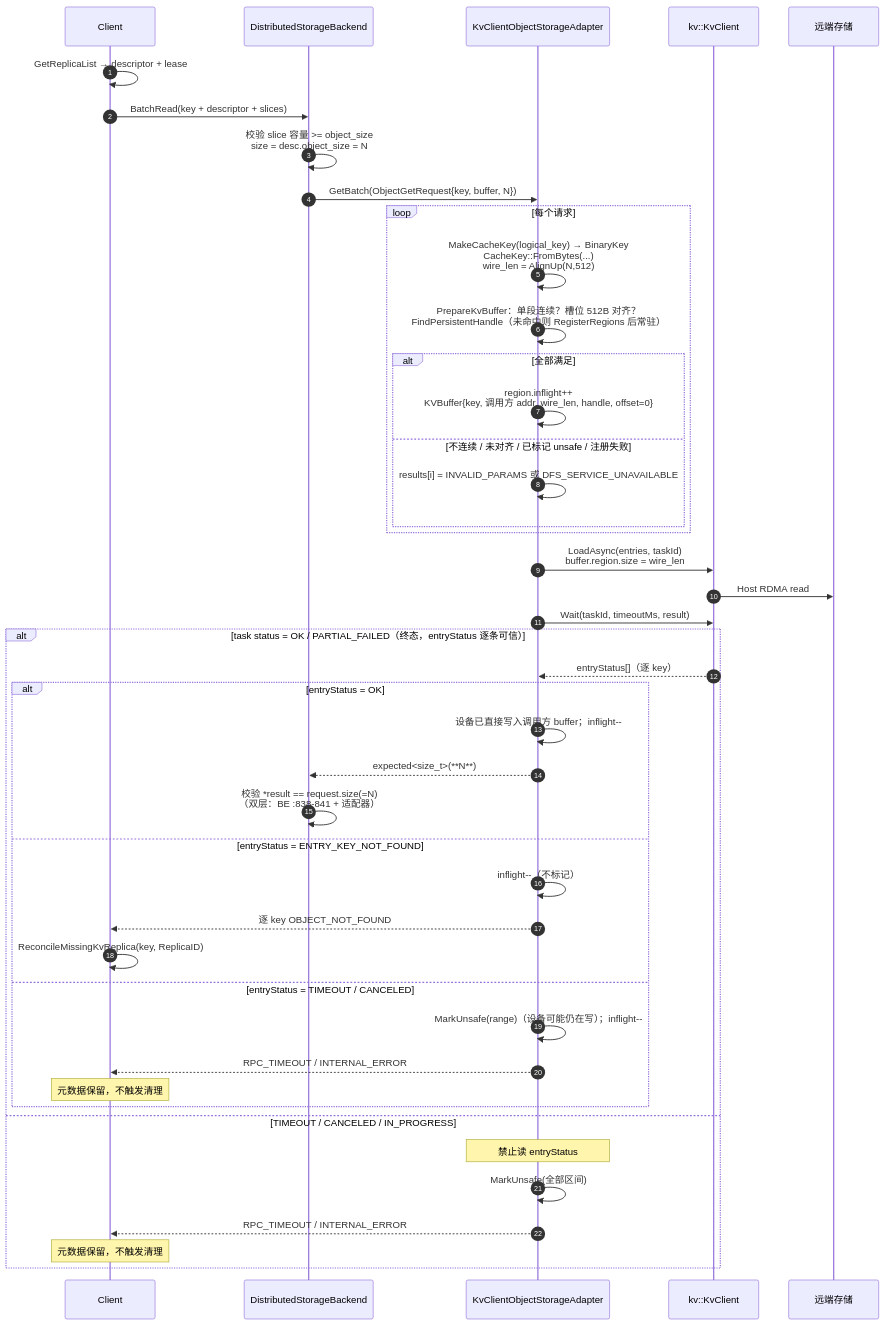
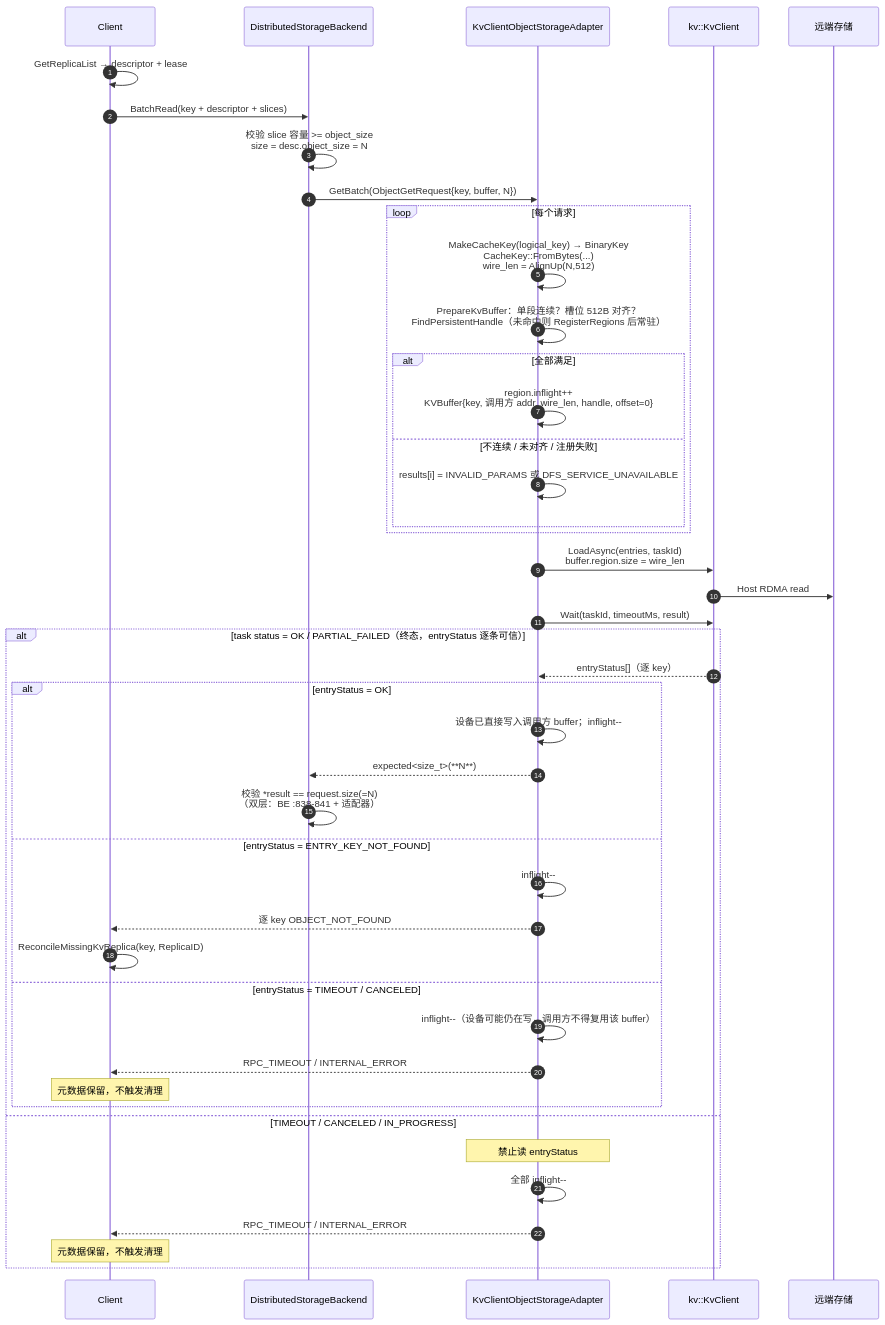
One commit to zwj20000328-dotcom/Mooncake-documents changed the tenth of 13 diagrams in Mooncake + KVClient L3 接入（Kvcs）- v3.md. Above: the diagram before and after it, drawn with Mermaid. The commit also changed other lines of this file, not shown here.

First line of the commit message:
docs: drop the unsafe marking and the adapter Shutdown helper

````diff
--- a/Mooncake + KVClient L3 接入（Kvcs）- v3.md
+++ b/Mooncake + KVClient L3 接入（Kvcs）- v3.md
@@ -637,47 +634,47 @@
 ```mermaid
 sequenceDiagram
     autonumber
     participant C as Client
     participant BE as DistributedStorageBackend
     participant AD as KvClientObjectStorageAdapter
     participant SDK as kv::KvClient
     participant S as 远端存储
 
     C->>C: GetReplicaList → descriptor + lease
     C->>BE: BatchRead(key + descriptor + slices)
     BE->>BE: 校验 slice 容量 >= object_size<br/>size = desc.object_size = N
     BE->>AD: GetBatch(ObjectGetRequest{key, buffer, N})
     loop 每个请求
         AD->>AD: MakeCacheKey(logical_key) → BinaryKey<br/>CacheKey::FromBytes(...)<br/>wire_len = AlignUp(N,512)
         AD->>AD: PrepareKvBuffer：单段连续？槽位 512B 对齐？<br/>FindPersistentHandle（未命中则 RegisterRegions 后常驻）
         alt 全部满足
             AD->>AD: region.inflight++<br/>KVBuffer{key, 调用方 addr, wire_len, handle, offset=0}
-        else 不连续 / 未对齐 / 已标记 unsafe / 注册失败
+        else 不连续 / 未对齐 / 注册失败
             AD->>AD: results[i] = INVALID_PARAMS 或 DFS_SERVICE_UNAVAILABLE
         end
     end
     AD->>SDK: LoadAsync(entries, taskId)<br/>buffer.region.size = wire_len
     SDK->>S: Host RDMA read
     AD->>SDK: Wait(taskId, timeoutMs, result)
     alt task status = OK / PARTIAL_FAILED（终态，entryStatus 逐条可信）
         SDK-->>AD: entryStatus[]（逐 key）
         alt entryStatus = OK
             AD->>AD: 设备已直接写入调用方 buffer；inflight--
             AD-->>BE: expected<size_t>(**N**)
             BE->>BE: 校验 *result == request.size(=N)<br/>（双层：BE :838-841 + 适配器）
         else entryStatus = ENTRY_KEY_NOT_FOUND
-            AD->>AD: inflight--（不标记）
+            AD->>AD: inflight--
             AD-->>C: 逐 key OBJECT_NOT_FOUND
             C->>C: ReconcileMissingKvReplica(key, ReplicaID)
         else entryStatus = TIMEOUT / CANCELED
-            AD->>AD: MarkUnsafe(range)（设备可能仍在写）；inflight--
+            AD->>AD: inflight--（设备可能仍在写，调用方不得复用该 buffer）
             AD-->>C: RPC_TIMEOUT / INTERNAL_ERROR
             Note over C: 元数据保留，不触发清理
         end
     else TIMEOUT / CANCELED / IN_PROGRESS
         Note over AD: 禁止读 entryStatus
-        AD->>AD: MarkUnsafe(全部区间)
+        AD->>AD: 全部 inflight--
         AD-->>C: RPC_TIMEOUT / INTERNAL_ERROR
         Note over C: 元数据保留，不触发清理
     end
 ```
````
